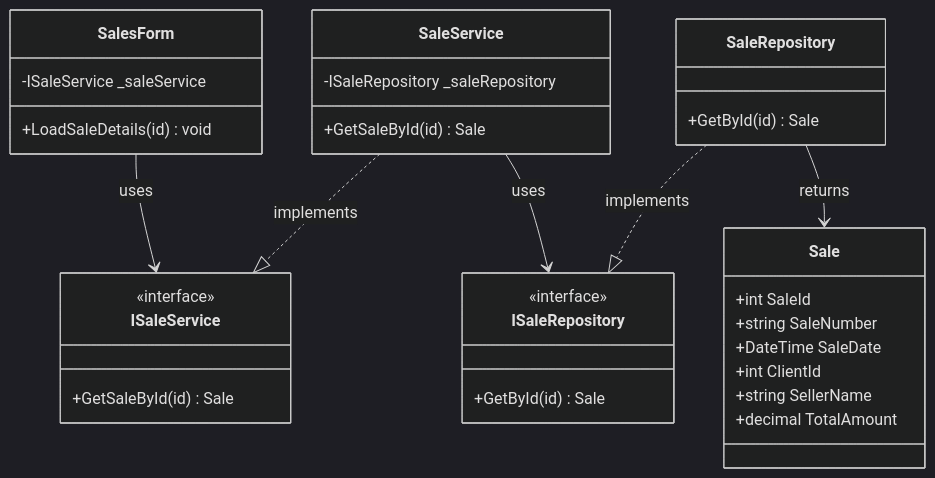
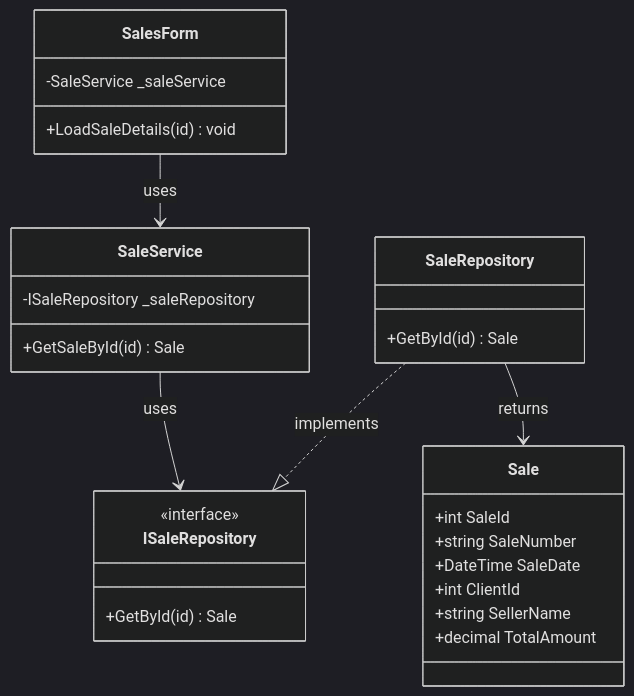
Diagram 11 of 24 in Documentation/UML_Diagrams/15_Sales_UseCases.md (nahuk86/tp_diploma_nk_2026), drawn with Mermaid (dark theme) before and after one commit. The commit also changed other lines of this file and 5 other files, not shown here.

First line of the commit message:
Fix UML documentation: remove non-existent BLL service interfaces

````diff
--- a/Documentation/UML_Diagrams/15_Sales_UseCases.md
+++ b/Documentation/UML_Diagrams/15_Sales_UseCases.md
@@ -467,41 +431,36 @@
 ```mermaid
 classDiagram
     class SalesForm {
-        -ISaleService _saleService
+        -SaleService _saleService
         +LoadSaleDetails(id) void
     }
 
-    class ISaleService {
-        <<interface>>
-        +GetSaleById(id) Sale
-    }
 
     class SaleService {
         -ISaleRepository _saleRepository
         +GetSaleById(id) Sale
     }
 
     class ISaleRepository {
         <<interface>>
         +GetById(id) Sale
     }
 
     class SaleRepository {
         +GetById(id) Sale
     }
 
     class Sale {
         +int SaleId
         +string SaleNumber
         +DateTime SaleDate
         +int ClientId
         +string SellerName
         +decimal TotalAmount
     }
 
-    SalesForm --> ISaleService : uses
-    SaleService ..|> ISaleService : implements
+    SalesForm --> SaleService : uses
     SaleService --> ISaleRepository : uses
     SaleRepository ..|> ISaleRepository : implements
     SaleRepository --> Sale : returns
 ```
````
